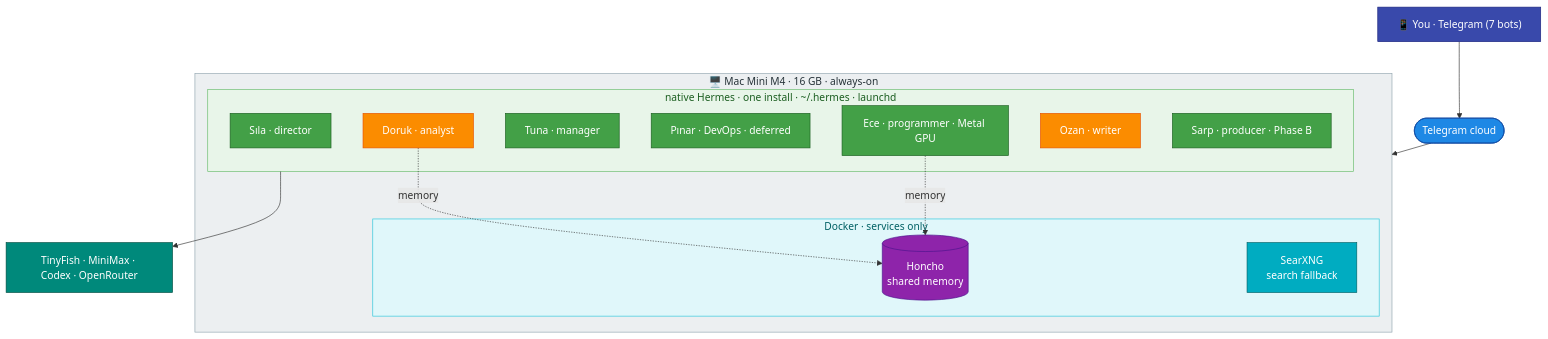
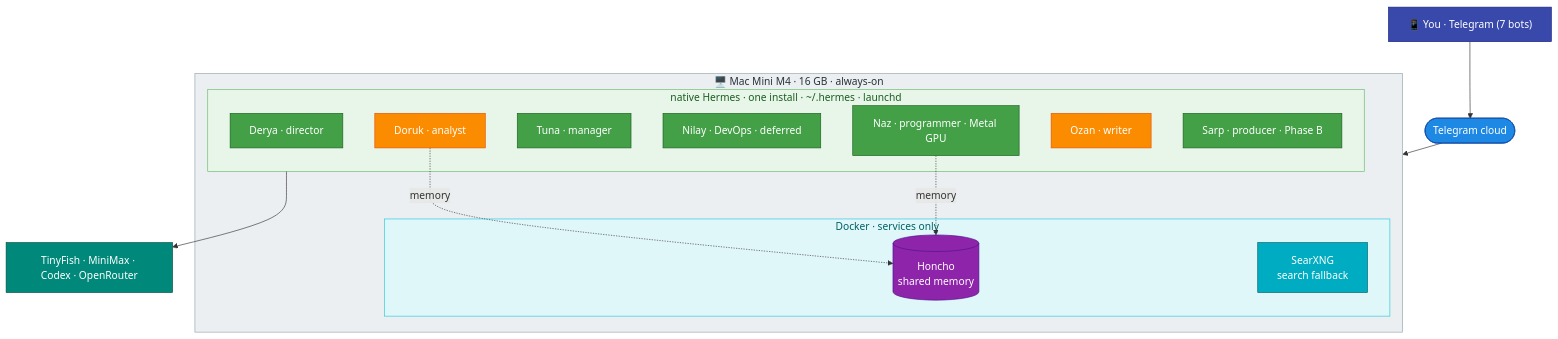
One commit to mpolatcan/hermes-setup changed the first of 2 diagrams in README.md. Above: the diagram before and after it, drawn with Mermaid. The commit also changed other lines of this file and 10 other files, not shown here.

First line of the commit message:
Rename agents: Sila->Derya, Pinar->Nilay, Ece->Naz

````diff
--- a/README.md
+++ b/README.md
@@ -5,35 +5,35 @@
 ```mermaid
 flowchart TB
     you["📱 You · Telegram (7 bots)"]:::user
     you --> tg(["Telegram cloud"]):::net
     subgraph mini["🖥️ Mac Mini M4 · 16 GB · always-on"]
         subgraph hermes["native Hermes · one install · ~/.hermes · launchd"]
-            general["Sıla · director"]:::mini
+            general["Derya · director"]:::mini
             research["Doruk · analyst"]:::codex
             concierge["Tuna · manager"]:::mini
-            ops["Pınar · DevOps · deferred"]:::mini
-            coder["Ece · programmer · Metal GPU"]:::mini
+            ops["Nilay · DevOps · deferred"]:::mini
+            coder["Naz · programmer · Metal GPU"]:::mini
             writer["Ozan · writer"]:::codex
             producer["Sarp · producer · Phase B"]:::mini
         end
         subgraph svc["Docker · services only"]
             Honcho[("Honcho<br/>shared memory")]:::infra
             SearXNG["SearXNG<br/>search fallback"]:::svc
         end
     end
     tg --> mini
     coder -. memory .-> Honcho
     research -. memory .-> Honcho
     ext["TinyFish · MiniMax · Codex · OpenRouter"]:::ext
     hermes --> ext
     classDef user fill:#3949AB,stroke:#1A237E,color:#fff
     classDef net fill:#1E88E5,stroke:#0D47A1,color:#fff
     classDef mini fill:#43A047,stroke:#1B5E20,color:#fff
     classDef codex fill:#FB8C00,stroke:#E65100,color:#fff
     classDef infra fill:#8E24AA,stroke:#4A148C,color:#fff
     classDef svc fill:#00ACC1,stroke:#006064,color:#fff
     classDef ext fill:#00897B,stroke:#004D40,color:#fff
     style mini fill:#ECEFF1,stroke:#90A4AE,color:#263238
     style hermes fill:#E8F5E9,stroke:#66BB6A,color:#1B5E20
     style svc fill:#E0F7FA,stroke:#26C6DA,color:#006064
 ```
````
